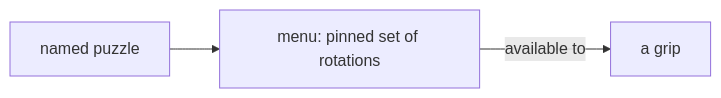
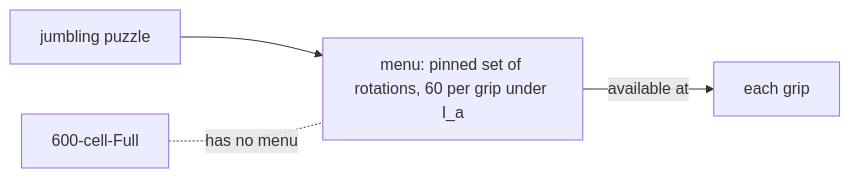
One commit to KonomiYuzu01/Magic-600-Cell changed the diagram in docs/progress/1.0/glossary/diagrams/menu.mmd. Above: the diagram before and after it, drawn with Mermaid. The commit also changed 78 other files, not shown here.

```diff
--- a/docs/progress/1.0/glossary/diagrams/menu.mmd
+++ b/docs/progress/1.0/glossary/diagrams/menu.mmd
@@ -1,3 +1,4 @@
 flowchart LR
-  P[named puzzle] --> M[menu: pinned set of rotations]
-  M -->|available to| G[a grip]
+  P[jumbling puzzle] --> M["menu: pinned set of rotations, 60 per grip under I_a"]
+  M -->|available at| G[each grip]
+  F[600-cell-Full] -. has no menu .- M
```
